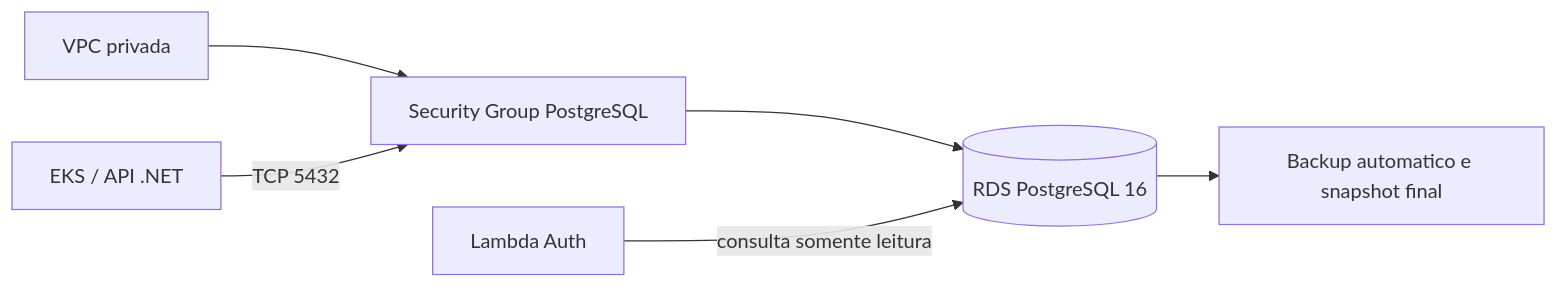
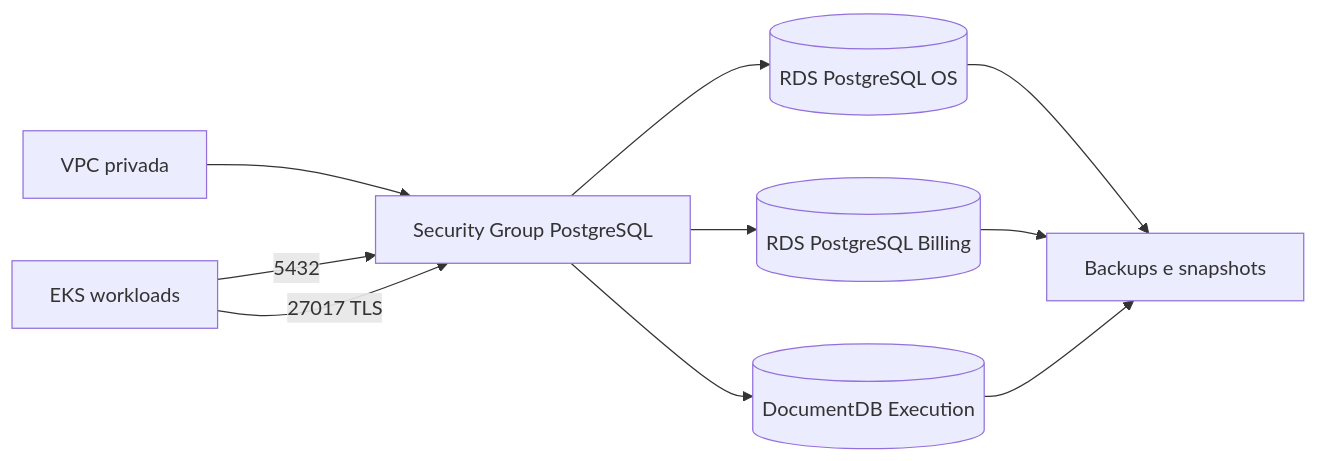
One commit to kmlyteixeira/garage-management-database changed the diagram in README.md. Above: the diagram before and after it, drawn with Mermaid. The commit also changed other lines of this file and 15 other files, not shown here.

````diff
--- a/README.md
+++ b/README.md
@@ -18,8 +27,12 @@
 ```mermaid
 flowchart LR
 		VPC[VPC privada] --> SG[Security Group PostgreSQL]
-		SG --> RDS[(RDS PostgreSQL 16)]
-		API[EKS / API .NET] -->|TCP 5432| SG
-		AUTH[Lambda Auth] -->|consulta somente leitura| RDS
-		RDS --> B[Backup automatico e snapshot final]
+		SG --> OS[(RDS PostgreSQL OS)]
+		SG --> BILLING[(RDS PostgreSQL Billing)]
+		SG --> EXEC[(DocumentDB Execution)]
+		EKS[EKS workloads] -->|5432| SG
+		EKS -->|27017 TLS| SG
+		OS --> B[Backups e snapshots]
+		BILLING --> B
+		EXEC --> B
 ```
````
